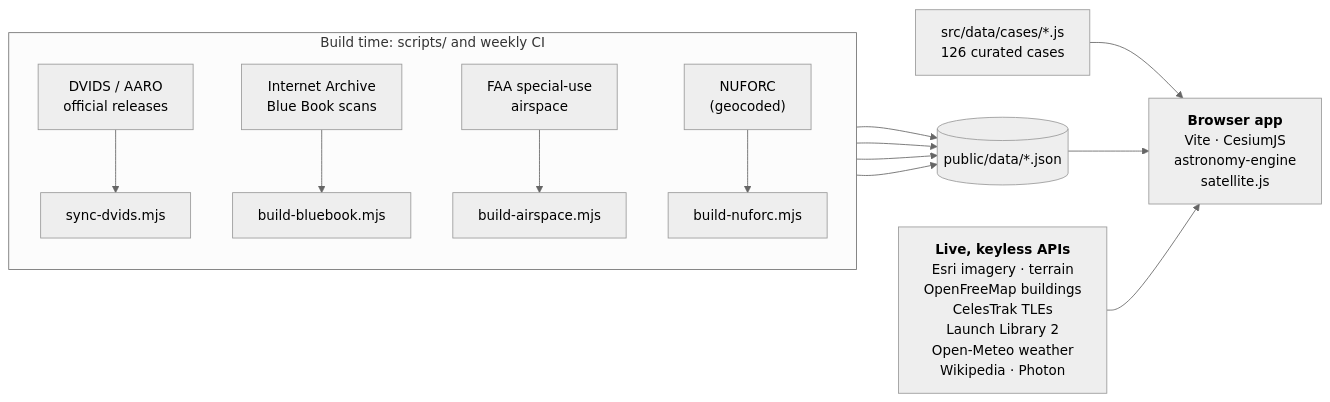
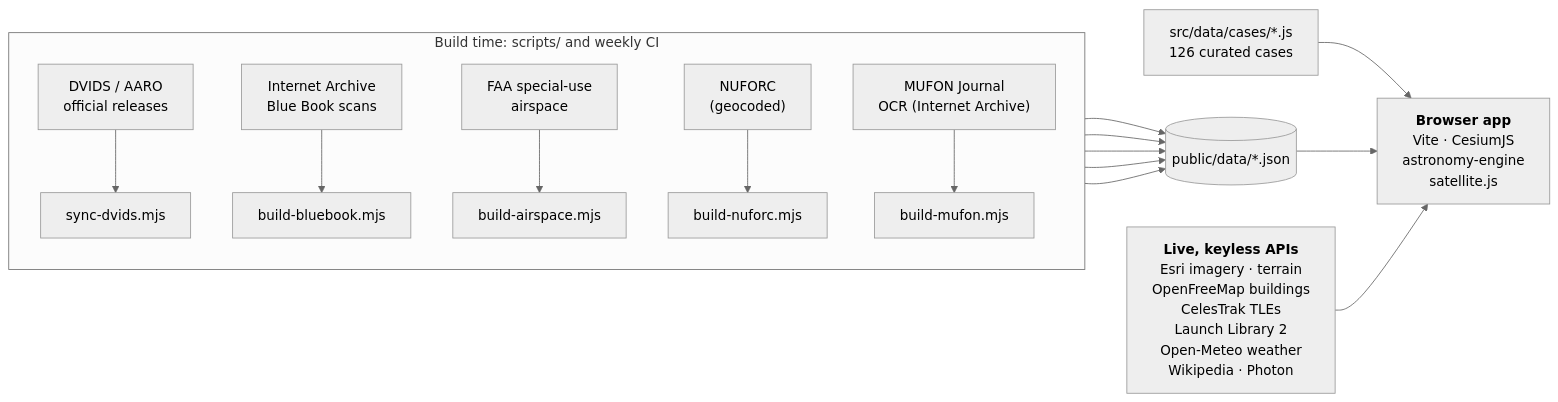
One commit to domw99/Gods-Eye-UAPs changed the diagram in README.md. Above: the diagram before and after it, drawn with Mermaid (neutral theme). The commit also changed other lines of this file and 19 other files, not shown here.

````diff
--- a/README.md
+++ b/README.md
@@ -203,14 +218,15 @@
 ```mermaid
 flowchart LR
   subgraph build["Build time: scripts/ and weekly CI"]
     direction TB
     DVIDS["DVIDS / AARO<br/>official releases"] --> S1["sync-dvids.mjs"]
     IA["Internet Archive<br/>Blue Book scans"] --> S2["build-bluebook.mjs"]
     FAA["FAA special-use<br/>airspace"] --> S3["build-airspace.mjs"]
     NUF["NUFORC<br/>(geocoded)"] --> S4["build-nuforc.mjs"]
+    MUF["MUFON Journal<br/>OCR (Internet Archive)"] --> S5["build-mufon.mjs"]
   end
-  S1 & S2 & S3 & S4 --> DATA[("public/data/*.json")]
+  S1 & S2 & S3 & S4 & S5 --> DATA[("public/data/*.json")]
   CASES["src/data/cases/*.js<br/>126 curated cases"] --> APP
   DATA --> APP["<b>Browser app</b><br/>Vite · CesiumJS<br/>astronomy-engine<br/>satellite.js"]
   LIVE["<b>Live, keyless APIs</b><br/>Esri imagery · terrain<br/>OpenFreeMap buildings<br/>CelesTrak TLEs<br/>Launch Library 2<br/>Open-Meteo weather<br/>Wikipedia · Photon"] --> APP
 ```
````
